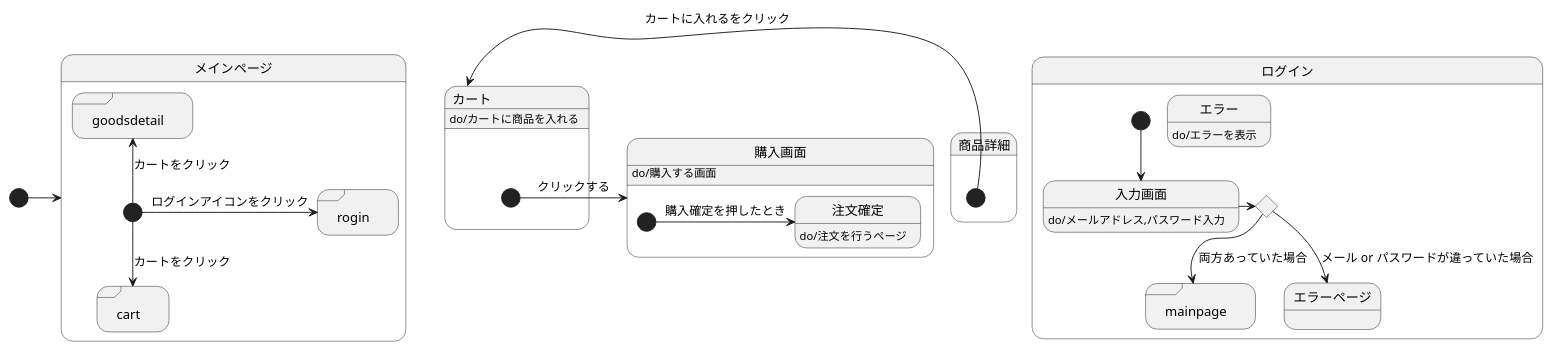
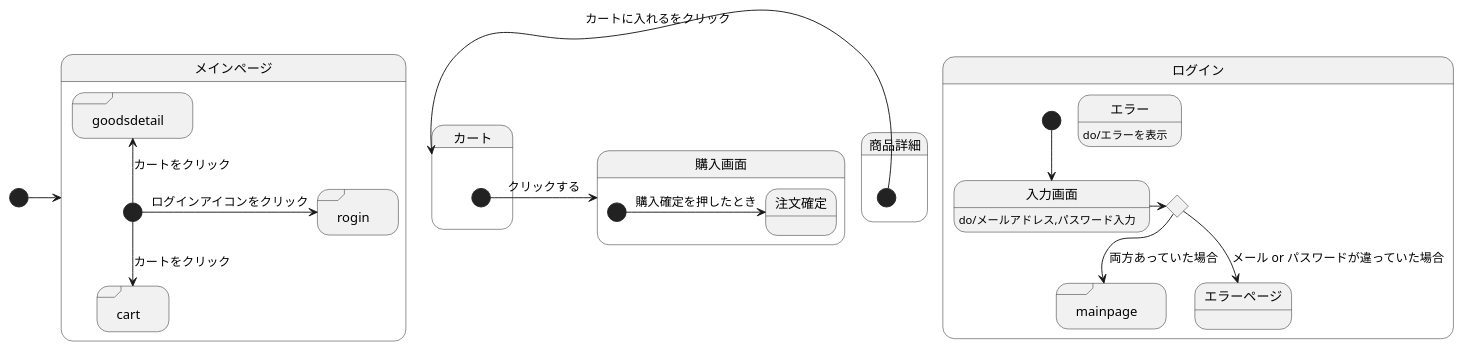
Before and after one commit to akutori/T-D-E: the diagram in UML.md, drawn with PlantUML.

Commit message:
情報修正

````diff
--- a/UML.md
+++ b/UML.md
@@ -1,41 +1,38 @@
 ```uml
 @startuml
 [*]->メインページ
 state メインページ{
 state "rogin" <<sdlreceive>>
 state "cart" <<sdlreceive>>
 state "goodsdetail" <<sdlreceive>>
     [*]-> rogin :ログインアイコンをクリック
     [*]--> cart :カートをクリック
     [*]-up-> goodsdetail :カートをクリック
 }
 
 
 state ログイン{
 state input <<choice>>
 state "mainpage"<<sdlreceive>>
 入力画面:do/メールアドレス,パスワード入力
 エラー:do/エラーを表示
     [*]--> 入力画面
     入力画面->input
     input-->エラーページ:メール or パスワードが違っていた場合
     input-->mainpage : 両方あっていた場合
 
 }
 
 state 購入画面{
-注文確定:do/注文を行うページ
     [*]->注文確定 :購入確定を押したとき
 }
 
 state カート{
-購入画面:do/購入する画面
     [*]->購入画面 :クリックする
 }
 state 商品詳細{
-カート:do/カートに商品を入れる
     [*]->カート :カートに入れるをクリック
 }
 
 @enduml
 ```
````
